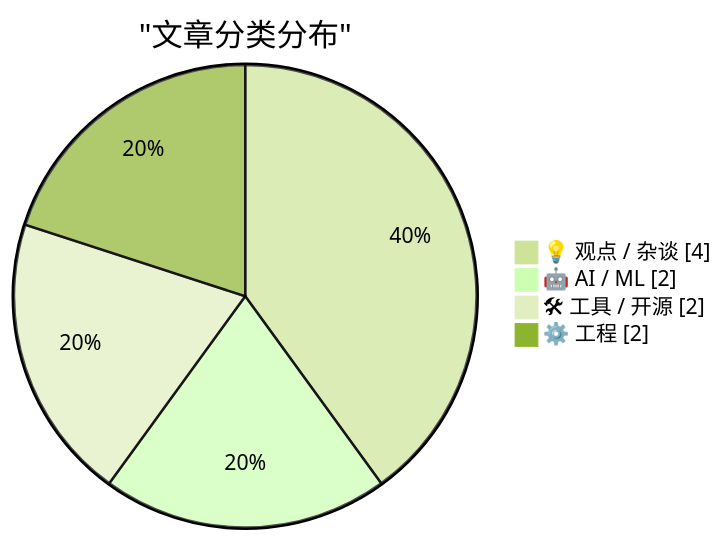
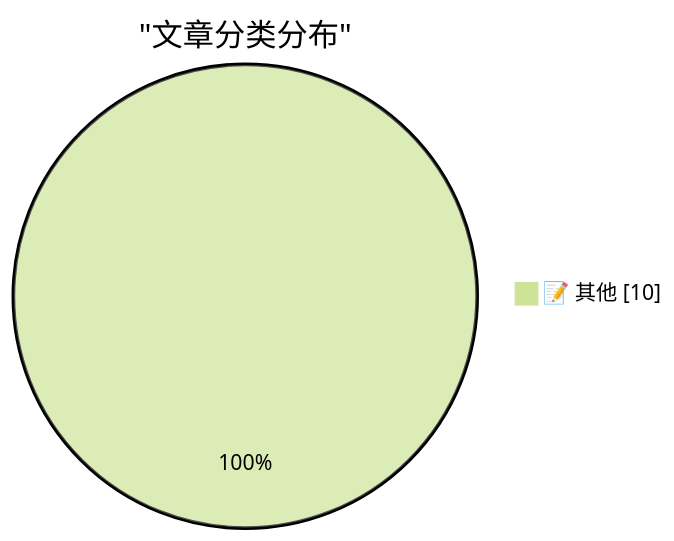
The diagram in content/ai-daily/2026-04-23.md (originem0/SZBlog), drawn with Mermaid (forest theme) before and after one commit. The commit also changed other lines of this file, not shown here.

````diff
--- a/content/ai-daily/2026-04-23.md
+++ b/content/ai-daily/2026-04-23.md
@@ -48,8 +42,5 @@
 ```mermaid
 pie showData
     title "文章分类分布"
-    "💡 观点 / 杂谈" : 4
-    "🤖 AI / ML" : 2
-    "🛠 工具 / 开源" : 2
-    "⚙️ 工程" : 2
+    "📝 其他" : 10
 ```
````
